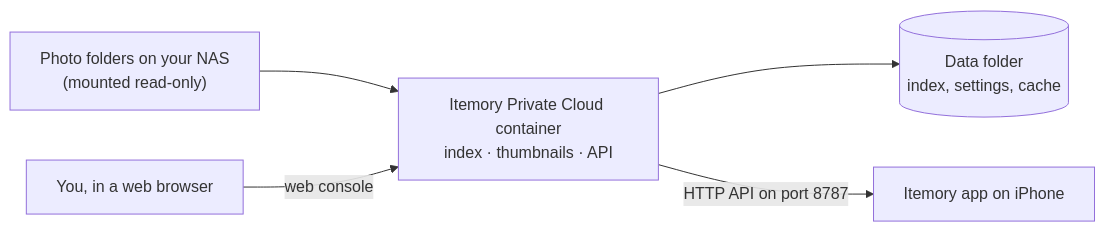
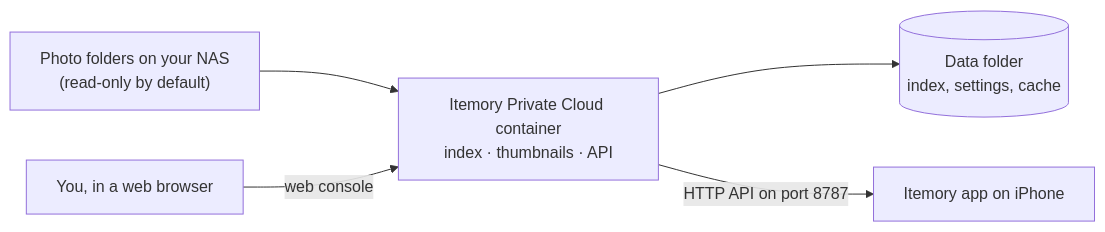
Before and after one commit to SherlockGougou/itemory-agent: the diagram in README.md, drawn with Mermaid. The commit also changed other lines of this file and 20 other files, not shown here.

````diff
--- a/README.md
+++ b/README.md
@@ -60,7 +62,7 @@
 ```mermaid
 flowchart LR
-  Photos["Photo folders on your NAS<br/>(mounted read-only)"] --> Agent["Itemory Private Cloud container<br/>index · thumbnails · API"]
+  Photos["Photo folders on your NAS<br/>(read-only by default)"] --> Agent["Itemory Private Cloud container<br/>index · thumbnails · API"]
   Agent --> Data[("Data folder<br/>index, settings, cache")]
   Agent -- "HTTP API on port 8787" --> App["Itemory app on iPhone"]
   Admin["You, in a web browser"] -- "web console" --> Agent
 ```
````
